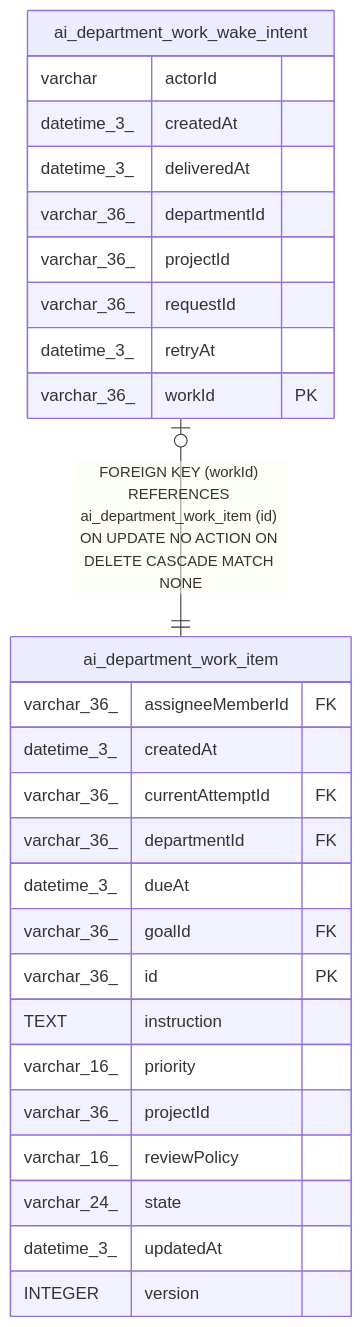
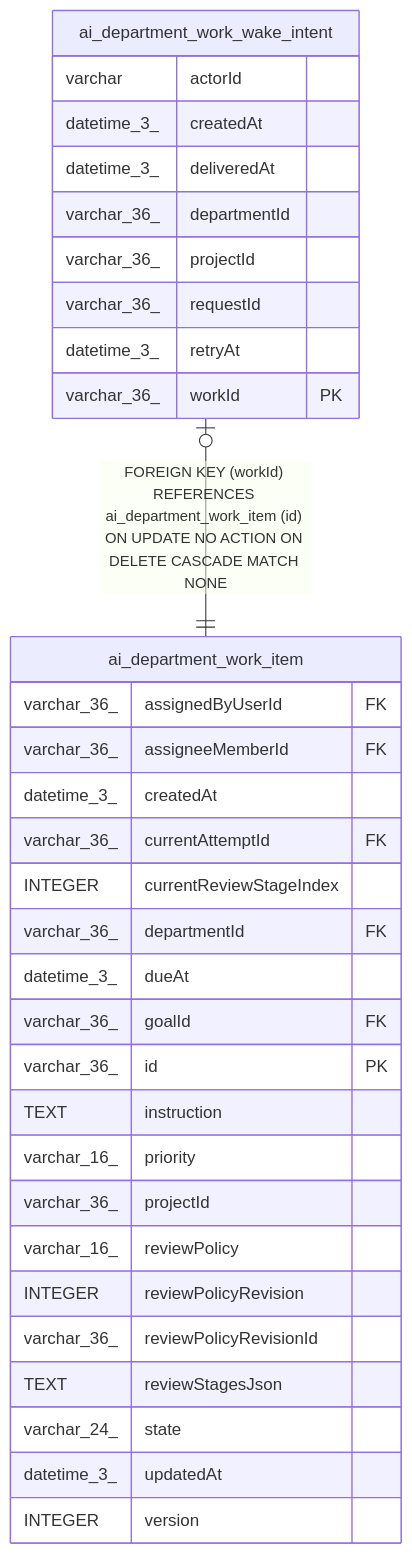
One commit to haison1234/Nexora changed the diagram in docs/generated/sqlite-schema/ai_department_work_wake_intent.md. Above: the diagram before and after it, drawn with Mermaid. The commit also changed 524 other files, not shown here.

````diff
--- a/docs/generated/sqlite-schema/ai_department_work_wake_intent.md
+++ b/docs/generated/sqlite-schema/ai_department_work_wake_intent.md
@@ -44,32 +44,37 @@
 ```mermaid
 erDiagram
 
 "ai_department_work_wake_intent" |o--|| "ai_department_work_item" : "FOREIGN KEY (workId) REFERENCES ai_department_work_item (id) ON UPDATE NO ACTION ON DELETE CASCADE MATCH NONE"
 
 "ai_department_work_wake_intent" {
   varchar actorId
   datetime_3_ createdAt
   datetime_3_ deliveredAt
   varchar_36_ departmentId
   varchar_36_ projectId
   varchar_36_ requestId
   datetime_3_ retryAt
   varchar_36_ workId PK
 }
 "ai_department_work_item" {
+  varchar_36_ assignedByUserId FK
   varchar_36_ assigneeMemberId FK
   datetime_3_ createdAt
   varchar_36_ currentAttemptId FK
+  INTEGER currentReviewStageIndex
   varchar_36_ departmentId FK
   datetime_3_ dueAt
   varchar_36_ goalId FK
   varchar_36_ id PK
   TEXT instruction
   varchar_16_ priority
   varchar_36_ projectId
   varchar_16_ reviewPolicy
+  INTEGER reviewPolicyRevision
+  varchar_36_ reviewPolicyRevisionId
+  TEXT reviewStagesJson
   varchar_24_ state
   datetime_3_ updatedAt
   INTEGER version
 }
 ```
````
